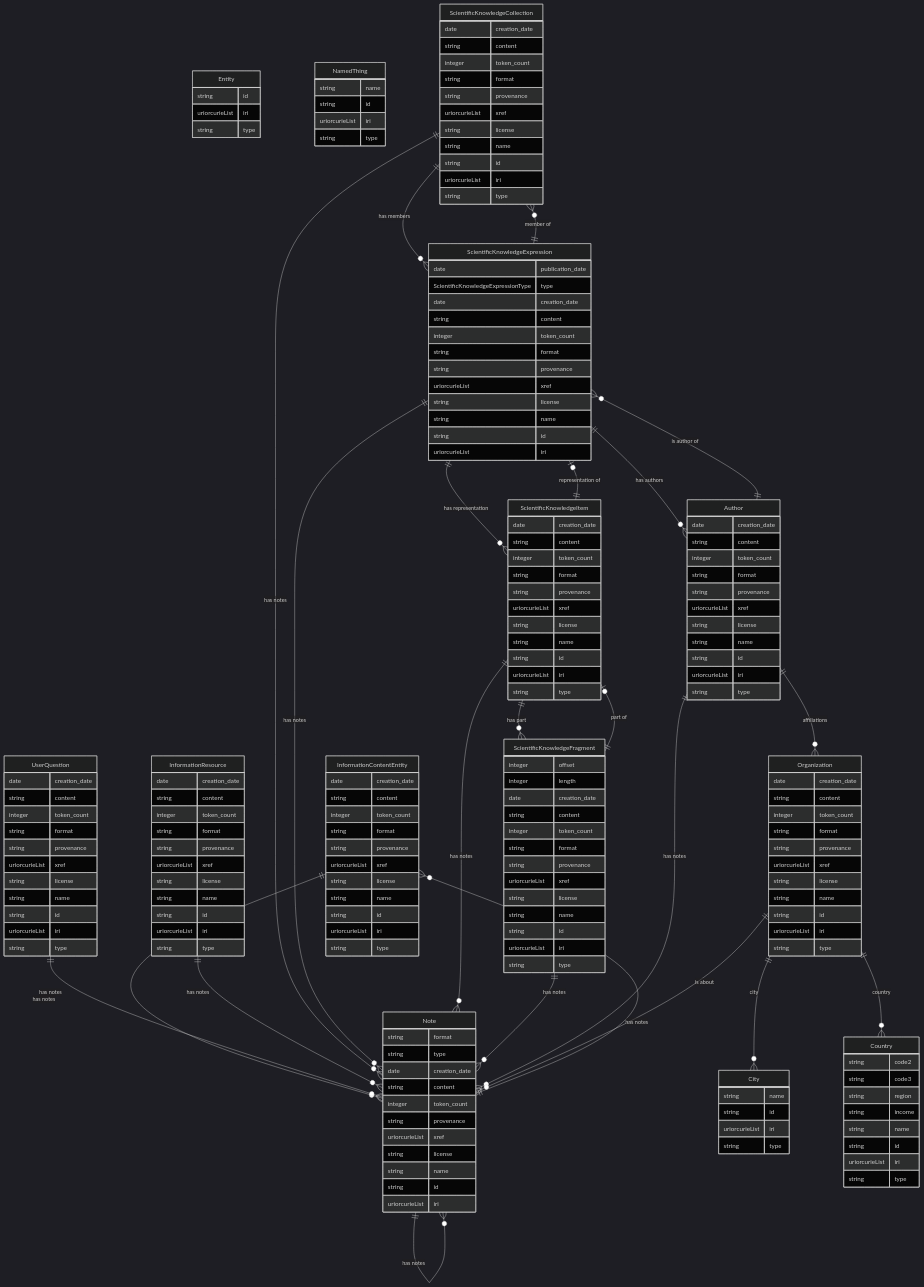
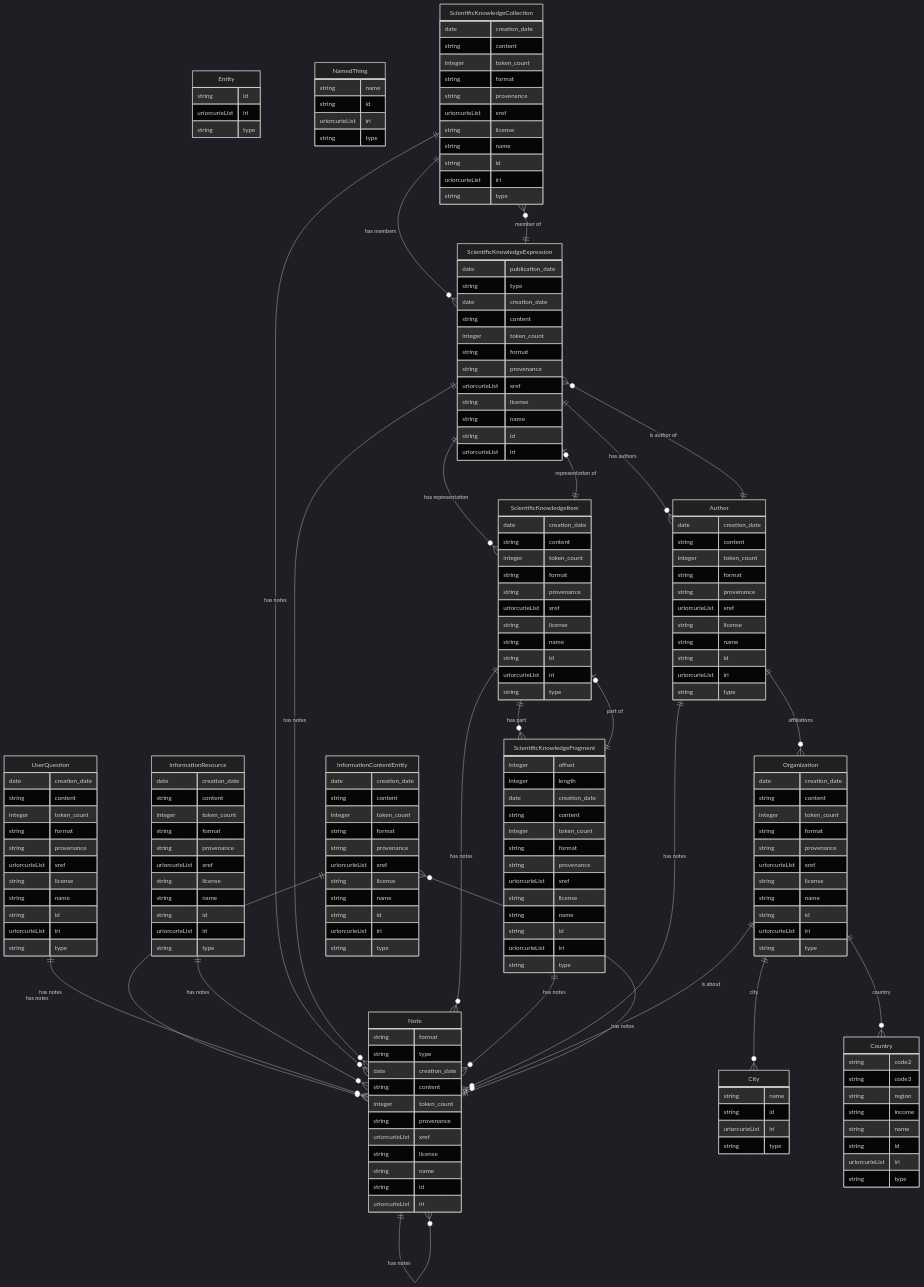
Before and after one commit to chanzuckerberg/alhazen: the diagram in local_resources/linkml/schema.mermaid, drawn with Mermaid (dark theme). The commit also changed 12 other files, not shown here.

```diff
--- a/local_resources/linkml/schema.mermaid
+++ b/local_resources/linkml/schema.mermaid
@@ -1,184 +1,184 @@
 erDiagram
 Entity {
     string id  
     uriorcurieList iri  
     string type  
 }
 NamedThing {
     string name  
     string id  
     uriorcurieList iri  
     string type  
 }
 InformationContentEntity {
     date creation_date  
     string content  
     integer token_count  
     string format  
     string provenance  
     uriorcurieList xref  
     string license  
     string name  
     string id  
     uriorcurieList iri  
     string type  
 }
 UserQuestion {
     date creation_date  
     string content  
     integer token_count  
     string format  
     string provenance  
     uriorcurieList xref  
     string license  
     string name  
     string id  
     uriorcurieList iri  
     string type  
 }
 InformationResource {
     date creation_date  
     string content  
     integer token_count  
     string format  
     string provenance  
     uriorcurieList xref  
     string license  
     string name  
     string id  
     uriorcurieList iri  
     string type  
 }
 ScientificKnowledgeCollection {
     date creation_date  
     string content  
     integer token_count  
     string format  
     string provenance  
     uriorcurieList xref  
     string license  
     string name  
     string id  
     uriorcurieList iri  
     string type  
 }
 ScientificKnowledgeExpression {
     date publication_date  
-    ScientificKnowledgeExpressionType type  
+    string type  
     date creation_date  
     string content  
     integer token_count  
     string format  
     string provenance  
     uriorcurieList xref  
     string license  
     string name  
     string id  
     uriorcurieList iri  
 }
 ScientificKnowledgeItem {
     date creation_date  
     string content  
     integer token_count  
     string format  
     string provenance  
     uriorcurieList xref  
     string license  
     string name  
     string id  
     uriorcurieList iri  
     string type  
 }
 ScientificKnowledgeFragment {
     integer offset  
     integer length  
     date creation_date  
     string content  
     integer token_count  
     string format  
     string provenance  
     uriorcurieList xref  
     string license  
     string name  
     string id  
     uriorcurieList iri  
     string type  
 }
 Note {
     string format  
     string type  
     date creation_date  
     string content  
     integer token_count  
     string provenance  
     uriorcurieList xref  
     string license  
     string name  
     string id  
     uriorcurieList iri  
 }
 Author {
     date creation_date  
     string content  
     integer token_count  
     string format  
     string provenance  
     uriorcurieList xref  
     string license  
     string name  
     string id  
     uriorcurieList iri  
     string type  
 }
 Organization {
     date creation_date  
     string content  
     integer token_count  
     string format  
     string provenance  
     uriorcurieList xref  
     string license  
     string name  
     string id  
     uriorcurieList iri  
     string type  
 }
 City {
     string name  
     string id  
     uriorcurieList iri  
     string type  
 }
 Country {
     string code2  
     string code3  
     string region  
     string income  
     string name  
     string id  
     uriorcurieList iri  
     string type  
 }
 
 InformationContentEntity ||--}o Note : "has notes"
 UserQuestion ||--}o Note : "has notes"
 InformationResource ||--}o Note : "has notes"
 ScientificKnowledgeCollection ||--}o ScientificKnowledgeExpression : "has members"
 ScientificKnowledgeCollection ||--}o Note : "has notes"
 ScientificKnowledgeExpression ||--}o ScientificKnowledgeItem : "has representation"
 ScientificKnowledgeExpression ||--}o ScientificKnowledgeCollection : "member of"
 ScientificKnowledgeExpression ||--}o Author : "has authors"
 ScientificKnowledgeExpression ||--}o Note : "has notes"
 ScientificKnowledgeItem ||--|o ScientificKnowledgeExpression : "representation of"
 ScientificKnowledgeItem ||--}o ScientificKnowledgeFragment : "has part"
 ScientificKnowledgeItem ||--}o Note : "has notes"
 ScientificKnowledgeFragment ||--|o ScientificKnowledgeItem : "part of"
 ScientificKnowledgeFragment ||--}o Note : "has notes"
 Note ||--}o InformationContentEntity : "is about"
 Note ||--}o Note : "has notes"
 Author ||--}o Organization : "affiliations"
 Author ||--}o ScientificKnowledgeExpression : "is author of"
 Author ||--}o Note : "has notes"
 Organization ||--}o City : "city"
 Organization ||--}o Country : "country"
 Organization ||--}o Note : "has notes"
```
